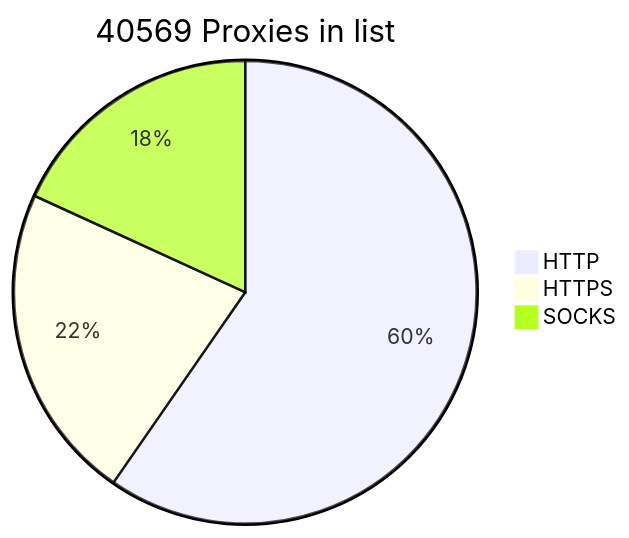
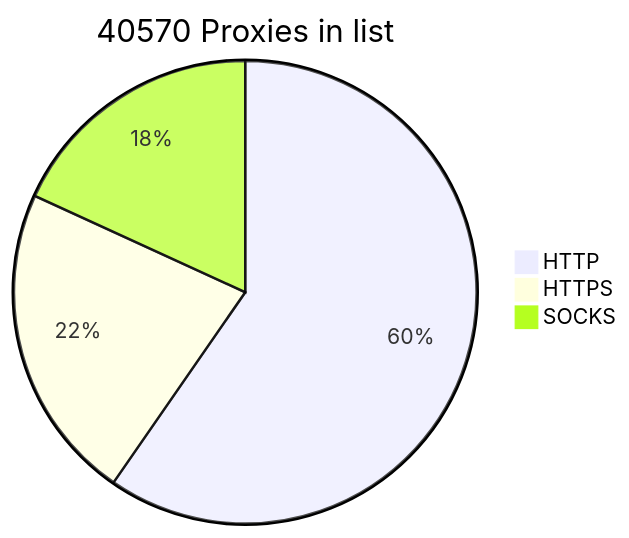
Before and after one commit to BlackSnowDot/proxylist-update-every-minute: the diagram in README.md, drawn with Mermaid.

````diff
--- a/README.md
+++ b/README.md
@@ -2,6 +2,6 @@
 ```mermaid
-pie title 40569 Proxies in list
+pie title 40570 Proxies in list
     "HTTP" : 28378
-    "HTTPS": 10559
+    "HTTPS": 10560
     "SOCKS" : 8645
 ```
````
